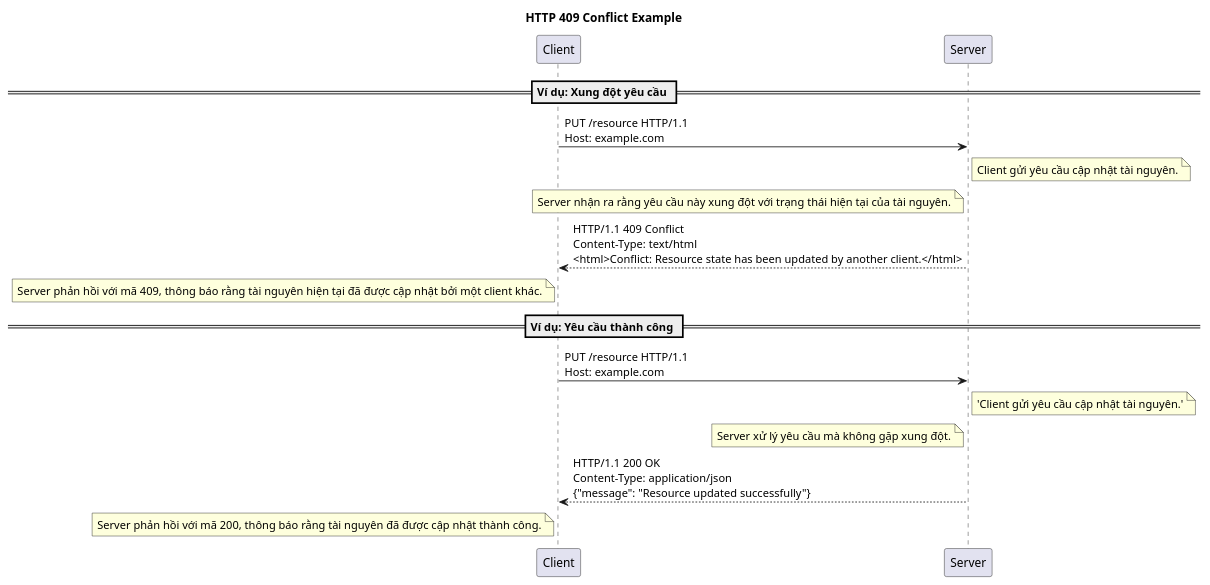
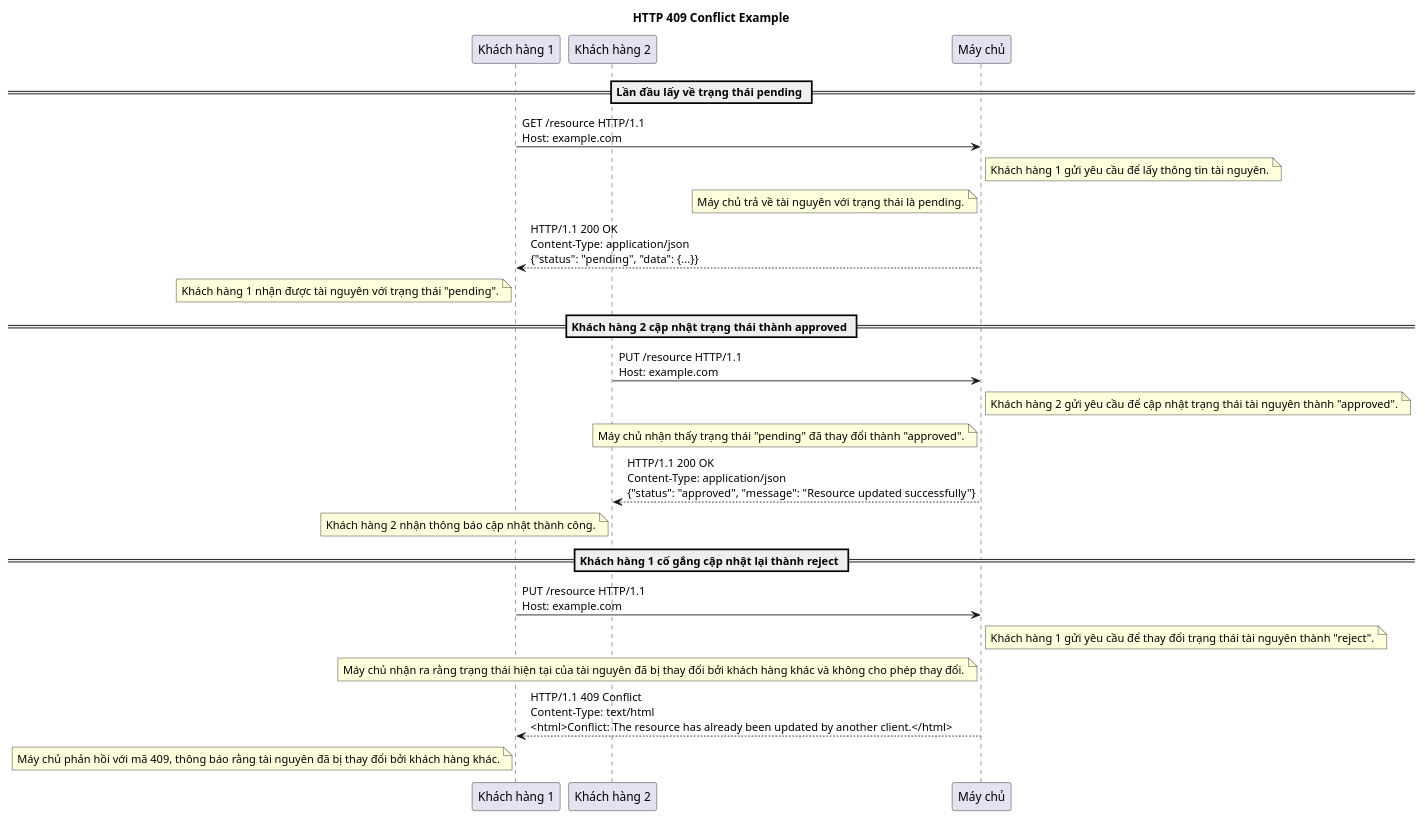
Diagram 27 of 27 in packages/apps/src/blog/2024-12-05-y-nghia-cua-cac-http-status-code.md (thanhlv-com/thanhlv-blog), drawn with PlantUML before and after one commit.

Commit message:
change lib

````diff
--- a/packages/apps/src/blog/2024-12-05-y-nghia-cua-cac-http-status-code.md
+++ b/packages/apps/src/blog/2024-12-05-y-nghia-cua-cac-http-status-code.md
@@ -988,28 +988,38 @@
 ```plantuml
 @startuml
 
 title HTTP 409 Conflict Example
 
-participant "Client" as C
-participant "Server" as S
+participant "Khách hàng 1" as C1
+participant "Khách hàng 2" as C2
+participant "Máy chủ" as S
 
-== Ví dụ: Xung đột yêu cầu ==
-C -> S: PUT /resource HTTP/1.1\nHost: example.com
-note right of S: Client gửi yêu cầu cập nhật tài nguyên.
+== Lần đầu lấy về trạng thái pending ==
+C1 -> S: GET /resource HTTP/1.1\nHost: example.com
+note right of S: Khách hàng 1 gửi yêu cầu để lấy thông tin tài nguyên.
 
-note left of S: Server nhận ra rằng yêu cầu này xung đột với trạng thái hiện tại của tài nguyên.
+note left of S: Máy chủ trả về tài nguyên với trạng thái là pending.
 
-S --> C: HTTP/1.1 409 Conflict\nContent-Type: text/html\n<html>Conflict: Resource state has been updated by another client.</html>
-note left of C: Server phản hồi với mã 409, thông báo rằng tài nguyên hiện tại đã được cập nhật bởi một client khác.
+S --> C1: HTTP/1.1 200 OK\nContent-Type: application/json\n{"status": "pending", "data": {...}}
+note left of C1: Khách hàng 1 nhận được tài nguyên với trạng thái "pending".
 
-== Ví dụ: Yêu cầu thành công ==
-C -> S: PUT /resource HTTP/1.1\nHost: example.com
-note right of S: 'Client gửi yêu cầu cập nhật tài nguyên.'
+== Khách hàng 2 cập nhật trạng thái thành approved ==
+C2 -> S: PUT /resource HTTP/1.1\nHost: example.com
+note right of S: Khách hàng 2 gửi yêu cầu để cập nhật trạng thái tài nguyên thành "approved".
 
-note left of S: Server xử lý yêu cầu mà không gặp xung đột.
+note left of S: Máy chủ nhận thấy trạng thái "pending" đã thay đổi thành "approved".
 
-S --> C: HTTP/1.1 200 OK\nContent-Type: application/json\n{"message": "Resource updated successfully"}
-note left of C: Server phản hồi với mã 200, thông báo rằng tài nguyên đã được cập nhật thành công.
+S --> C2: HTTP/1.1 200 OK\nContent-Type: application/json\n{"status": "approved", "message": "Resource updated successfully"}
+note left of C2: Khách hàng 2 nhận thông báo cập nhật thành công.
+
+== Khách hàng 1 cố gắng cập nhật lại thành reject ==
+C1 -> S: PUT /resource HTTP/1.1\nHost: example.com
+note right of S: Khách hàng 1 gửi yêu cầu để thay đổi trạng thái tài nguyên thành "reject".
+
+note left of S: Máy chủ nhận ra rằng trạng thái hiện tại của tài nguyên đã bị thay đổi bởi khách hàng khác và không cho phép thay đổi.
+
+S --> C1: HTTP/1.1 409 Conflict\nContent-Type: text/html\n<html>Conflict: The resource has already been updated by another client.</html>
+note left of C1: Máy chủ phản hồi với mã 409, thông báo rằng tài nguyên đã bị thay đổi bởi khách hàng khác.
 
 @enduml
 ```
````
